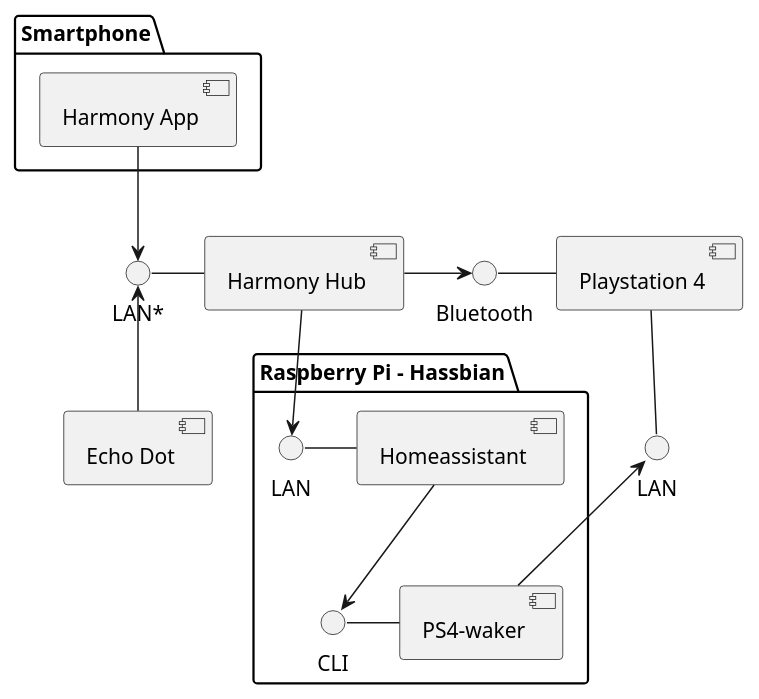
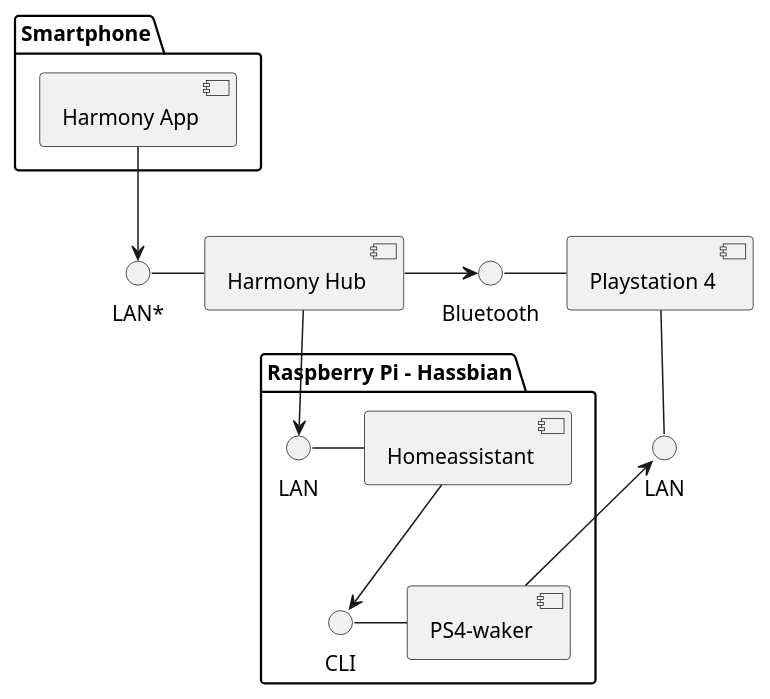
One commit to deeKay93/komunikationssysteme changed the diagram in assets/uml/aufbau.wsd. Above: the diagram before and after it, drawn with PlantUML. The commit also changed 4 other files, not shown here.

```diff
--- a/assets/uml/aufbau.wsd
+++ b/assets/uml/aufbau.wsd
@@ -1,32 +1,29 @@
 @startuml Aufbau
 skinparam componentStyle uml2
 skinparam monochrome true
 
 interface "LAN" as lanPs4
 interface "Bluetooth" as btPs4
 interface "LAN*" as harmonyIn
 
 package "Raspberry Pi - Hassbian" {
   interface "CLI" as cliPs4W
   interface "LAN" as lanHass
   lanHass - [Homeassistant]
   [Homeassistant] --> cliPs4W
   cliPs4W - [PS4-waker]
 }
 
 [Playstation 4] -- lanPs4
 btPs4 - [Playstation 4]
 lanPs4 <--[PS4-waker]
 
 package "Smartphone" {
   [Harmony App] --> harmonyIn
 }
 
-
-harmonyIn <-- [Echo Dot]
-
 harmonyIn - [Harmony Hub]
 [Harmony Hub] -> btPs4
 [Harmony Hub] --> lanHass
 
 @enduml
```
